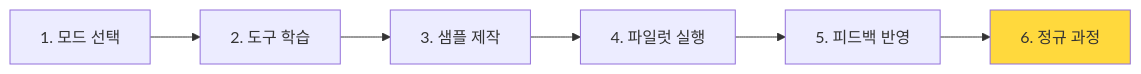
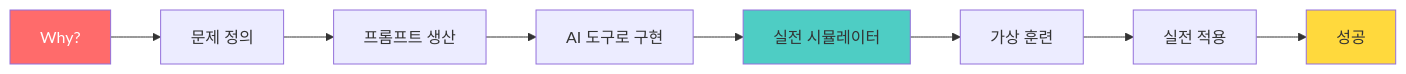
Diagram 14 of 14 in Docs/주제/5단계-AI가상환경_실전체험_교육가이드.md (Collegenie-X/AI-Vive-Coding), drawn with Mermaid before and after one commit. The commit also changed other lines of this file and 3 other files, not shown here.

````diff
--- a/Docs/주제/5단계-AI가상환경_실전체험_교육가이드.md
+++ b/Docs/주제/5단계-AI가상환경_실전체험_교육가이드.md
@@ -2660,10 +1671,14 @@
 ```mermaid
 graph LR
-    A[1. 모드 선택] --> B[2. 도구 학습]
-    B --> C[3. 샘플 제작]
-    C --> D[4. 파일럿 실행]
-    D --> E[5. 피드백 반영]
-    E --> F[6. 정규 과정]
+    A[Why?] --> B[문제 정의]
+    B --> C[프롬프트 생산]
+    C --> D[AI 도구로 구현]
+    D --> E[실전 시뮬레이터]
+    E --> F[가상 훈련]
+    F --> G[실전 적용]
+    G --> H[성공]
     
-    style F fill:#FFD93D
+    style A fill:#FF6B6B,color:#fff
+    style E fill:#4ECDC4
+    style H fill:#FFD93D
 ```
````
